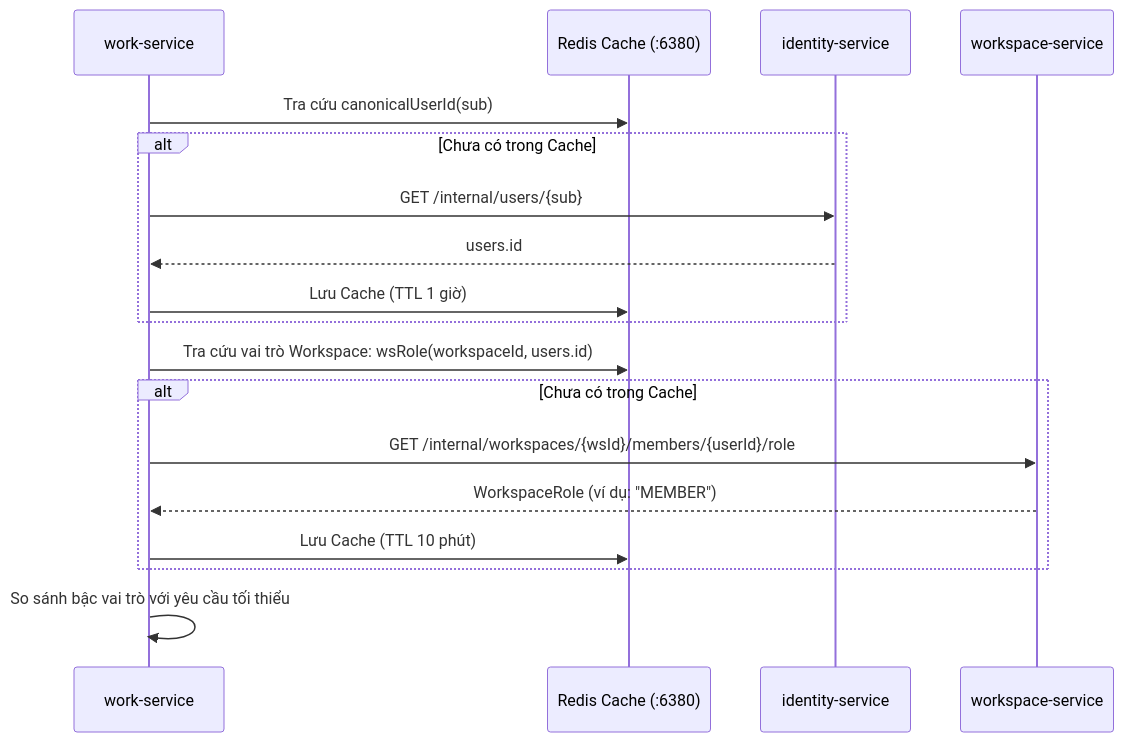
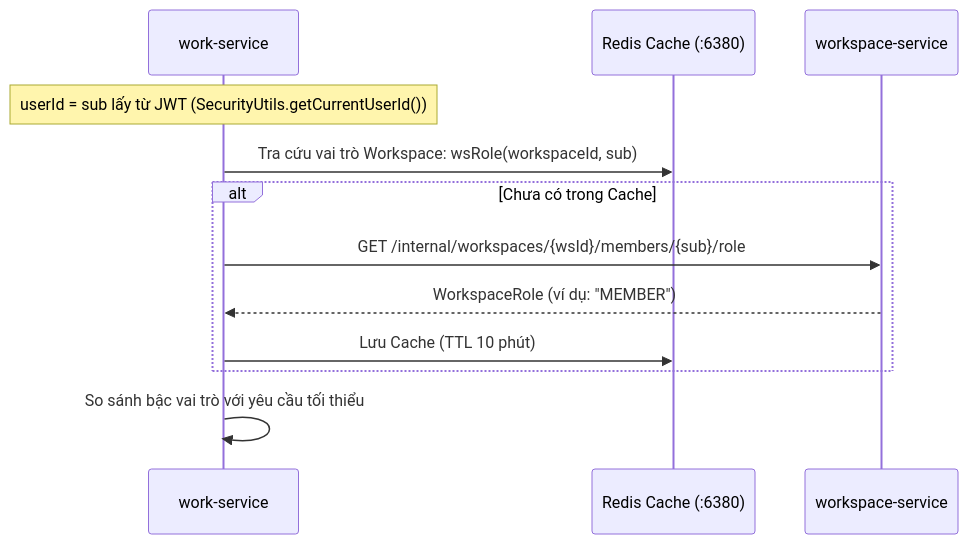
One commit to Hecker-Chuoi/DATN-2026 changed the fifth of 6 diagrams in formal_doc/03_NGHIEP_VU_WORKSPACE_TEAM_MEMBER.md. Above: the diagram before and after it, drawn with Mermaid. The commit also changed other lines of this file and 2 other files, not shown here.

Commit message:
docs(formal): cập nhật định danh người dùng sau khi thống nhất về Keycloak sub
Sau Flyway V6 (workspace-service) mọi bảng nghiệp vụ đều lưu Keycloak sub;
bộ tài liệu đồ án vẫn mô tả workspace lưu users.id và bước quy đổi qua
CanonicalUserResolver (đã xoá).

- 01_QUAN_HE_THUC_THE §2: viết lại thành "một loại ID" — sub cho workspace,
  work, notification; users.id chỉ dùng trong identity-service; cách đổi id
  nhận từ identity sang keycloakId; cảnh báo nối tài khoản theo email.
  ER workspace: created_by / user_id / invited_by / invitee_user_id là sub.
  Bảng Flyway: workspace-service V1..V6.
- 03_NGHIEP_VU_WORKSPACE_TEAM_MEMBER: bảng hai tầng, createdBy, luồng mời
  (lưu keycloakId) và sơ đồ kiểm tra quyền xuyên service (bỏ bước gọi
  identity, hỏi workspace-service thẳng bằng sub).
- 00_MUC_LUC: làm rõ ký hiệu sub / users.id.

````diff
--- a/formal_doc/03_NGHIEP_VU_WORKSPACE_TEAM_MEMBER.md
+++ b/formal_doc/03_NGHIEP_VU_WORKSPACE_TEAM_MEMBER.md
@@ -164,20 +165,14 @@
 ```mermaid
 sequenceDiagram
     participant WK as work-service
     participant R as Redis Cache (:6380)
-    participant ID as identity-service
     participant WS as workspace-service
-    WK->>R: Tra cứu canonicalUserId(sub)
+    Note over WK: userId = sub lấy từ JWT (SecurityUtils.getCurrentUserId())
+    WK->>R: Tra cứu vai trò Workspace: wsRole(workspaceId, sub)
     alt Chưa có trong Cache
-        WK->>ID: GET /internal/users/{sub}
-        ID-->>WK: users.id
-        WK->>R: Lưu Cache (TTL 1 giờ)
-    end
-    WK->>R: Tra cứu vai trò Workspace: wsRole(workspaceId, users.id)
-    alt Chưa có trong Cache
-        WK->>WS: GET /internal/workspaces/{wsId}/members/{userId}/role
+        WK->>WS: GET /internal/workspaces/{wsId}/members/{sub}/role
         WS-->>WK: WorkspaceRole (ví dụ: "MEMBER")
         WK->>R: Lưu Cache (TTL 10 phút)
     end
     WK->>WK: So sánh bậc vai trò với yêu cầu tối thiểu
 ```
````
